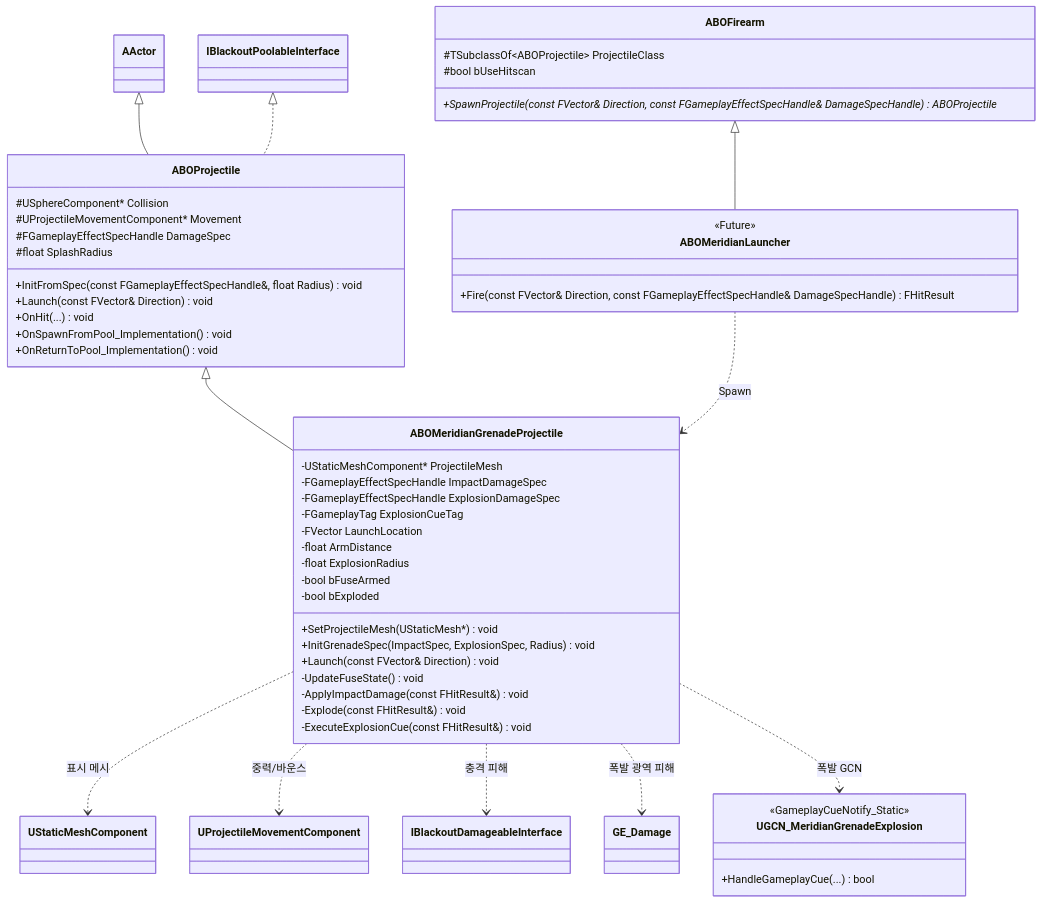
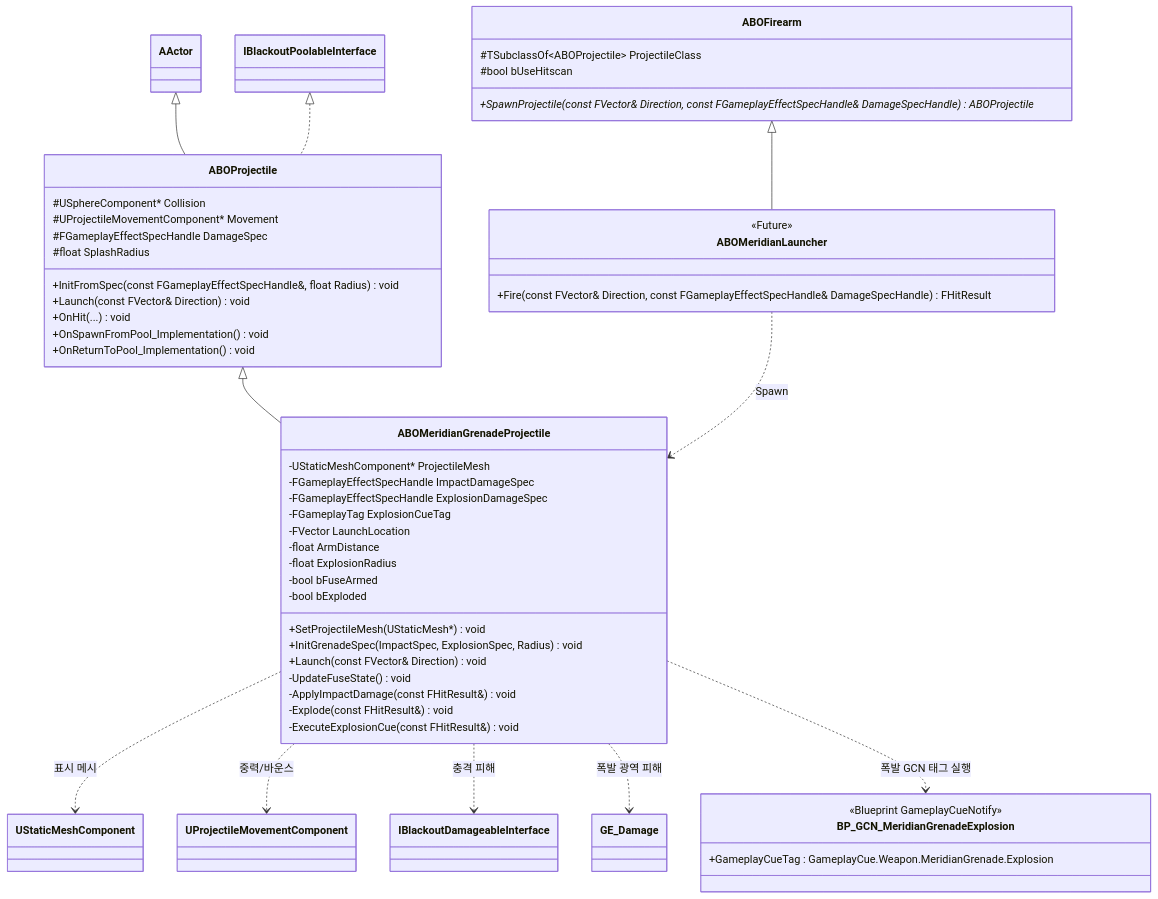
Before and after one commit to seongwon1579/ProjectBlackout: the diagram in Docs/Combat/08_Meridian_Grenade_Projectile.md, drawn with Mermaid. The commit also changed other lines of this file and 6 other files, not shown here.

````diff
--- a/Docs/Combat/08_Meridian_Grenade_Projectile.md
+++ b/Docs/Combat/08_Meridian_Grenade_Projectile.md
@@ -5,64 +5,64 @@
 ```mermaid
 classDiagram
     direction TB
 
     AActor <|-- ABOProjectile
     ABOProjectile <|-- ABOMeridianGrenadeProjectile
     ABOFirearm <|-- ABOMeridianLauncher
 
     IBlackoutPoolableInterface <|.. ABOProjectile
 
     class ABOFirearm {
         #TSubclassOf~ABOProjectile~ ProjectileClass
         #bool bUseHitscan
         +SpawnProjectile(const FVector& Direction, const FGameplayEffectSpecHandle& DamageSpecHandle) ABOProjectile*
     }
 
     class ABOMeridianLauncher {
         <<Future>>
         +Fire(const FVector& Direction, const FGameplayEffectSpecHandle& DamageSpecHandle) FHitResult
     }
 
     class ABOProjectile {
         #USphereComponent* Collision
         #UProjectileMovementComponent* Movement
         #FGameplayEffectSpecHandle DamageSpec
         #float SplashRadius
         +InitFromSpec(const FGameplayEffectSpecHandle&, float Radius) void
         +Launch(const FVector& Direction) void
         +OnHit(...) void
         +OnSpawnFromPool_Implementation() void
         +OnReturnToPool_Implementation() void
     }
 
     class ABOMeridianGrenadeProjectile {
         -UStaticMeshComponent* ProjectileMesh
         -FGameplayEffectSpecHandle ImpactDamageSpec
         -FGameplayEffectSpecHandle ExplosionDamageSpec
         -FGameplayTag ExplosionCueTag
         -FVector LaunchLocation
         -float ArmDistance
         -float ExplosionRadius
         -bool bFuseArmed
         -bool bExploded
         +SetProjectileMesh(UStaticMesh*) void
         +InitGrenadeSpec(ImpactSpec, ExplosionSpec, Radius) void
         +Launch(const FVector& Direction) void
         -UpdateFuseState() void
         -ApplyImpactDamage(const FHitResult&) void
         -Explode(const FHitResult&) void
         -ExecuteExplosionCue(const FHitResult&) void
     }
 
-    class UGCN_MeridianGrenadeExplosion {
-        <<GameplayCueNotify_Static>>
-        +HandleGameplayCue(...) bool
+    class BP_GCN_MeridianGrenadeExplosion {
+        <<Blueprint GameplayCueNotify>>
+        +GameplayCueTag : GameplayCue.Weapon.MeridianGrenade.Explosion
     }
 
     ABOMeridianLauncher ..> ABOMeridianGrenadeProjectile : Spawn
     ABOMeridianGrenadeProjectile ..> UStaticMeshComponent : 표시 메시
     ABOMeridianGrenadeProjectile ..> UProjectileMovementComponent : 중력/바운스
     ABOMeridianGrenadeProjectile ..> IBlackoutDamageableInterface : 충격 피해
     ABOMeridianGrenadeProjectile ..> GE_Damage : 폭발 광역 피해
-    ABOMeridianGrenadeProjectile ..> UGCN_MeridianGrenadeExplosion : 폭발 GCN
+    ABOMeridianGrenadeProjectile ..> BP_GCN_MeridianGrenadeExplosion : 폭발 GCN 태그 실행
 ```
````
